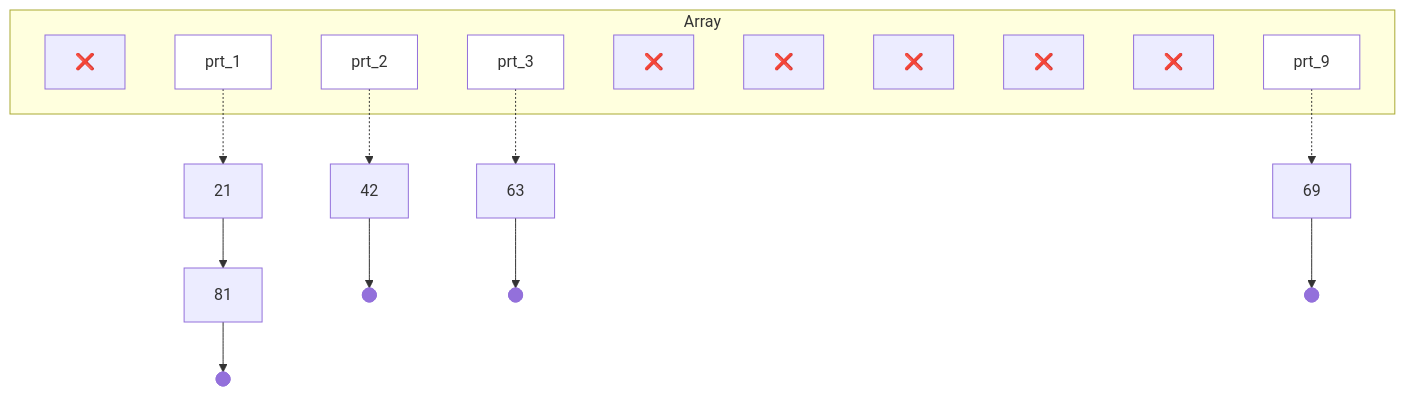
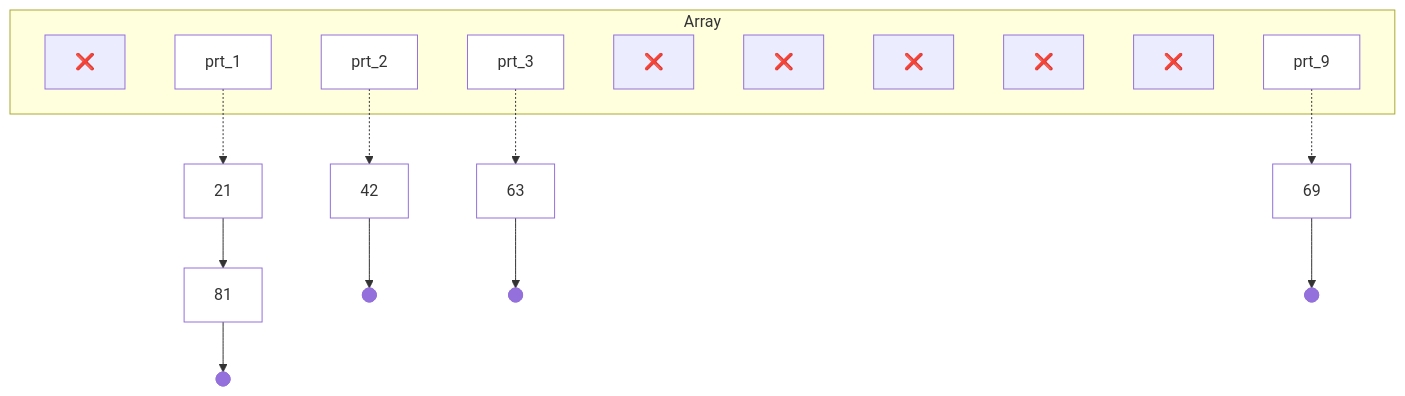
One commit to brunofx-ufersa/reacomp changed the first of 2 diagrams in disciplinas/aed2/academic/unidade2/8-colisoes.qmd. Above: the diagram before and after it, drawn with Mermaid. The commit also changed other lines of this file and 11 other files, not shown here.

````diff
--- a/disciplinas/aed2/academic/unidade2/8-colisoes.qmd
+++ b/disciplinas/aed2/academic/unidade2/8-colisoes.qmd
@@ -120,33 +294,43 @@
 ```{mermaid}
+%%| label: fig-mermaid
+%%| fig-cap: |
+%%|   Ilustração de tratamento de colisão usando listas ligadas. 
+%%|   Cada slot aponta para a cabeça de uma lista.  
+%%|   Quando uma colisão ocorre, o elemento é adicionado à lista correspondente.
 flowchart TD
  subgraph s1["Array"]
         A0["❌"]
         A1["prt_1"]
         A2["prt_2"]
         A3["prt_3"]
         A4["❌"]
         A5["❌"]
         A6["❌"]
         A7["❌"]
         A8["❌"]
         A9["prt_9"]
   end
     A1 -.-> B1["21"]
     B1 --> B2["81"]
     A2 -.-> B3["42"]
     A3 -.-> B4["63"]
     A9 -.-> B5["69"]
     B2 --> n1["Filled Circle"]
     B3 --> n2["Filled Circle"]
     B4 --> n3["Filled Circle"]
     B5 --> n4["Filled Circle"]
 
     n1@{ shape: f-circ}
     n2@{ shape: f-circ}
     n3@{ shape: f-circ}
     n4@{ shape: f-circ}
     style A1 fill:#fff
     style A2 fill:#fff
     style A3 fill:#fff
     style A9 fill:#fff
+    style B1 fill:#fff
+    style B2 fill:#fff
+    style B3 fill:#fff
+    style B4 fill:#fff
+    style B5 fill:#fff
 ```
````
